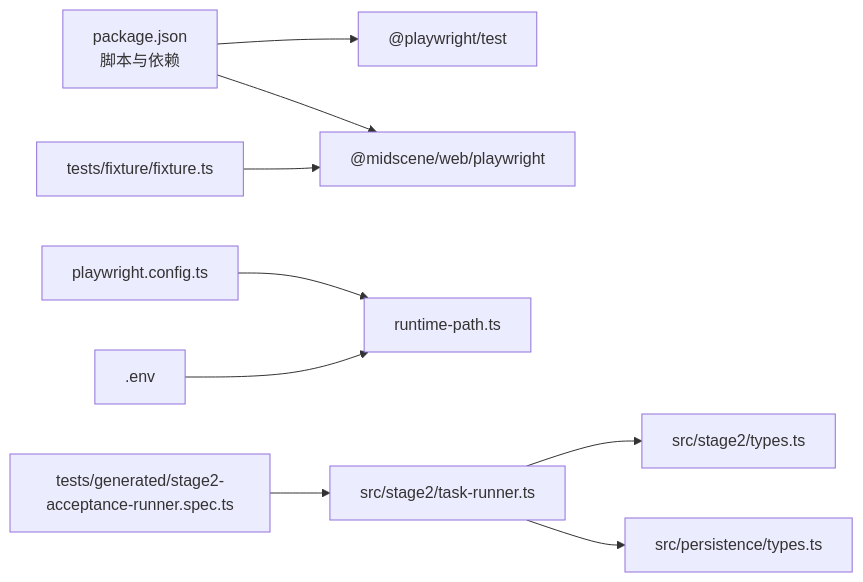
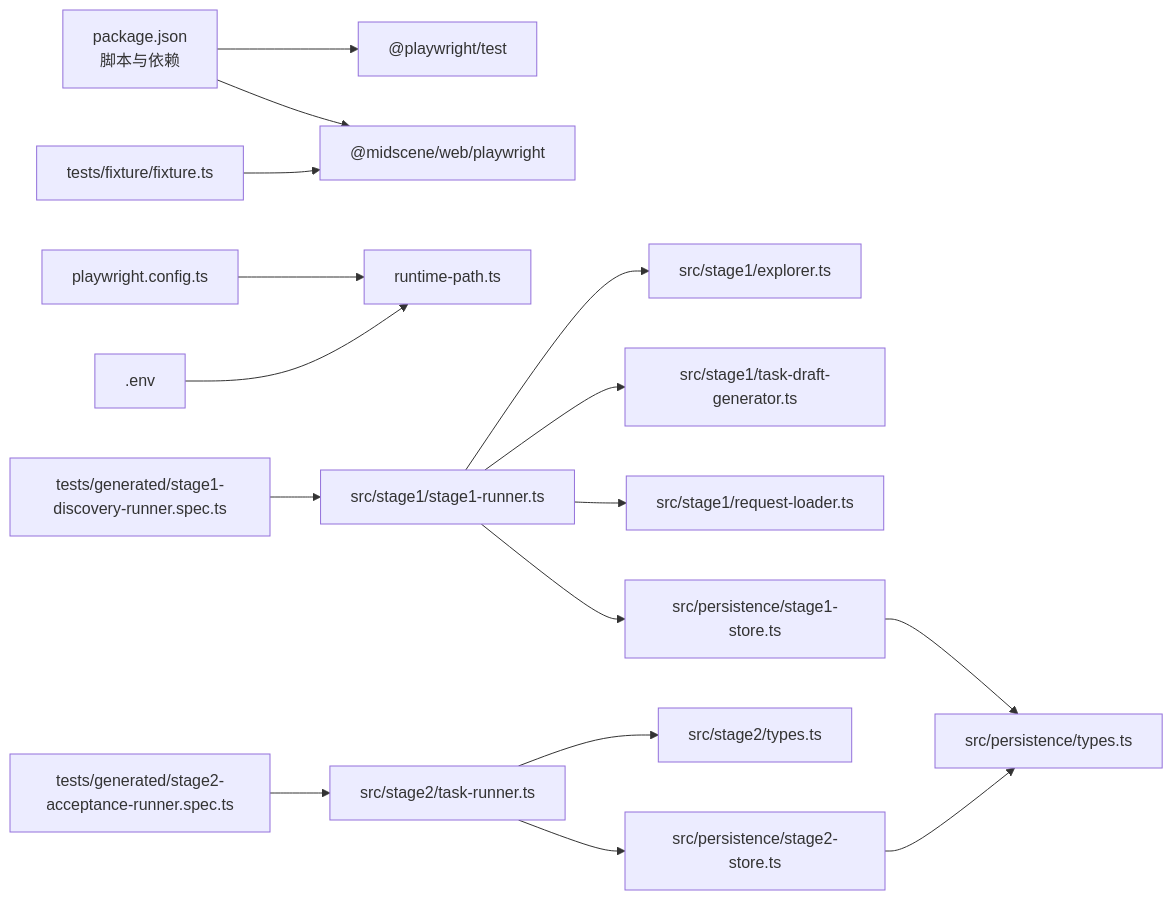
One commit to Jiane-EJ/playwright-mind changed the ninth of 9 diagrams in .qoder/repowiki/zh/content/核心概念/AI 自动化测试基础.md. Above: the diagram before and after it, drawn with Mermaid. The commit also changed other lines of this file and 16 other files, not shown here.

````diff
--- a/.qoder/repowiki/zh/content/核心概念/AI 自动化测试基础.md
+++ b/.qoder/repowiki/zh/content/核心概念/AI 自动化测试基础.md
@@ -266,11 +373,18 @@
 ```mermaid
 graph LR
 PJ["package.json<br/>脚本与依赖"] --> PW["@playwright/test"]
 PJ --> MS["@midscene/web/playwright"]
 PC["playwright.config.ts"] --> RP["runtime-path.ts"]
 FX["tests/fixture/fixture.ts"] --> MS
+S1["tests/generated/stage1-discovery-runner.spec.ts"] --> SR["src/stage1/stage1-runner.ts"]
 S2["tests/generated/stage2-acceptance-runner.spec.ts"] --> TR["src/stage2/task-runner.ts"]
+SR --> EX["src/stage1/explorer.ts"]
+SR --> TDG["src/stage1/task-draft-generator.ts"]
+SR --> RL["src/stage1/request-loader.ts"]
+SR --> DB1["src/persistence/stage1-store.ts"]
 TR --> TT["src/stage2/types.ts"]
-TR --> DBT["src/persistence/types.ts"]
+TR --> DB2["src/persistence/stage2-store.ts"]
+DB1 --> DBT["src/persistence/types.ts"]
+DB2 --> DBT
 CFG[".env"] --> RP
 ```
````
